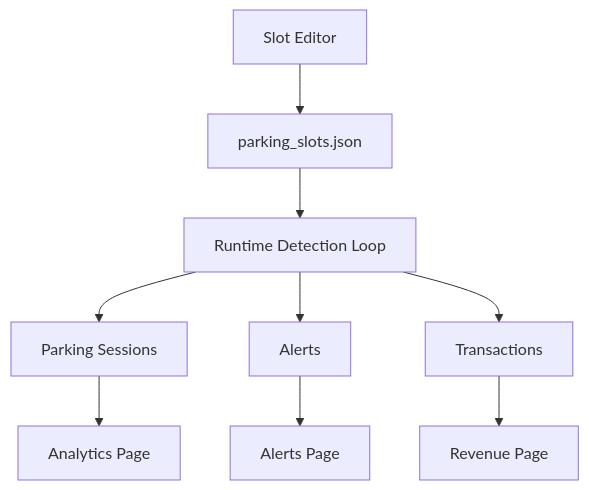
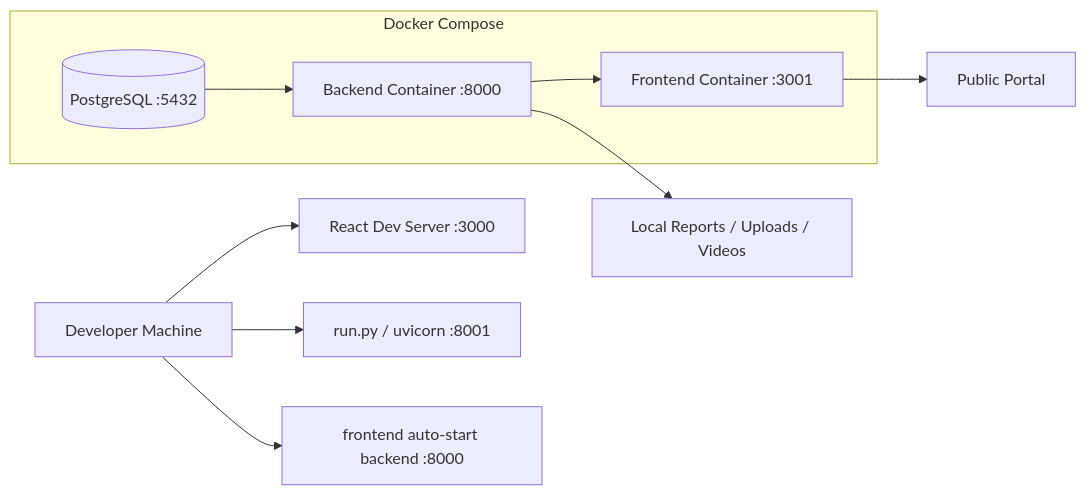
The seventh of 7 diagrams in README.md (mehdymd/SmartParking), drawn with Mermaid before and after one commit. The commit also changed other lines of this file and 8 other files, not shown here.

````diff
--- a/README.md
+++ b/README.md
@@ -25,11 +485,17 @@
 ```mermaid
-flowchart TD
-    A[Slot Editor] --> B[parking_slots.json]
-    B --> C[Runtime Detection Loop]
-    C --> D[Parking Sessions]
-    C --> E[Alerts]
-    C --> F[Transactions]
-    D --> G[Analytics Page]
-    E --> H[Alerts Page]
-    F --> I[Revenue Page]
+flowchart LR
+    DEV[Developer Machine] --> FE[React Dev Server :3000]
+    DEV --> BE1[run.py / uvicorn :8001]
+    DEV --> BE2[frontend auto-start backend :8000]
+
+    subgraph DockerCompose[Docker Compose]
+        PG[(PostgreSQL :5432)]
+        API[Backend Container :8000]
+        WEB[Frontend Container :3001]
+        PG --> API
+        API --> WEB
+    end
+
+    WEB --> PORTAL[Public Portal]
+    API --> EXPORTS[Local Reports / Uploads / Videos]
 ```
````
